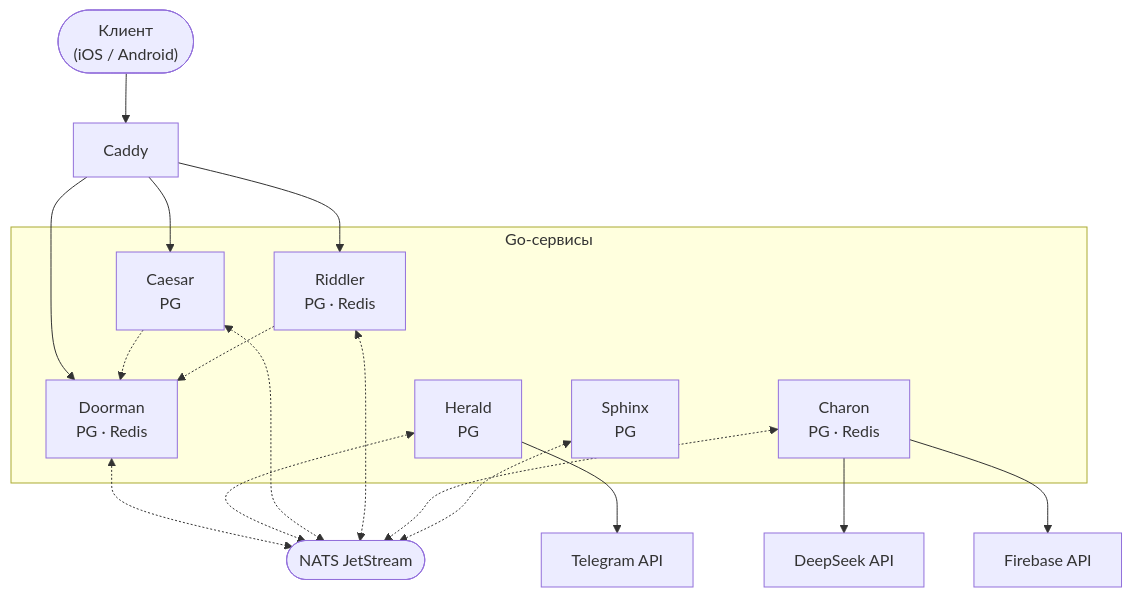
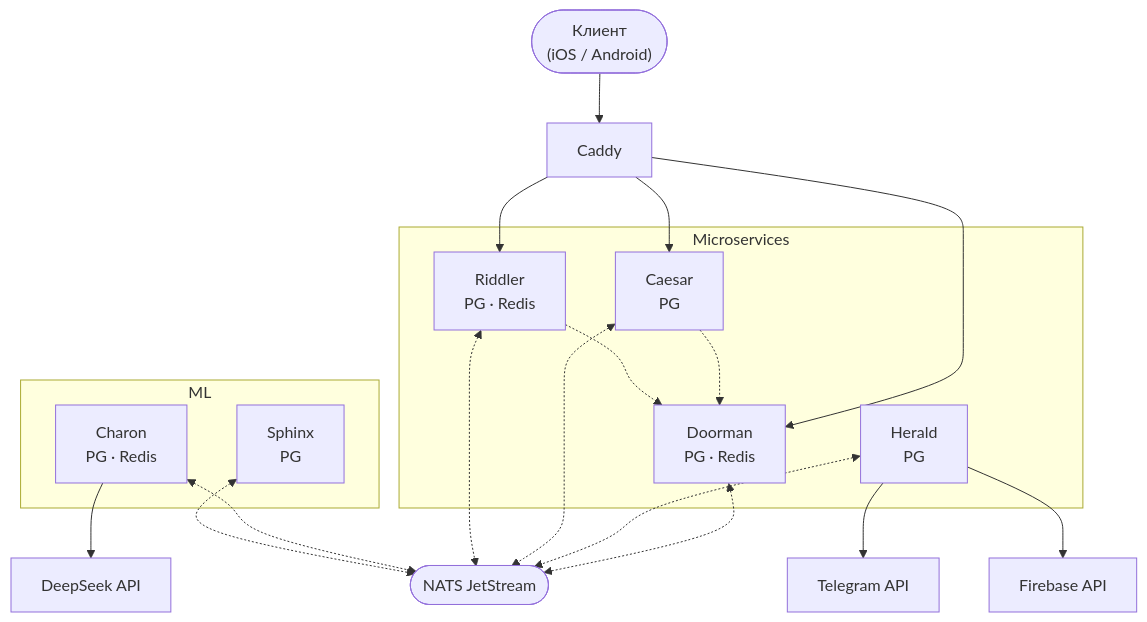
Before and after one commit to OlympGuideTeam/edium-backend: the diagram in README.md, drawn with Mermaid. The commit also changed other lines of this file, not shown here.

````diff
--- a/README.md
+++ b/README.md
@@ -7,30 +7,35 @@
 ```mermaid
 flowchart TD
     Client(["Клиент\n(iOS / Android)"])
     NATS(["NATS JetStream"])
     TG["Telegram API"]
     DS["DeepSeek API"]
     Firebase["Firebase API"]
 
     Caddy["Caddy"]
 
-    subgraph services ["Go-сервисы"]
-        Doorman["Doorman\nPG · Redis"]
+    subgraph services ["Microservices"]
         Caesar["Caesar\nPG"]
         Riddler["Riddler\nPG · Redis"]
+        Doorman["Doorman\nPG · Redis"]
         Herald["Herald\nPG"]
+    end
+
+    subgraph ml ["ML"]
+        Sphinx["Sphinx\nPG"]
         Charon["Charon\nPG · Redis"]
-        Sphinx["Sphinx\nPG"]
     end
+
+    
 
     Client --> Caddy
     Caddy --> Doorman & Caesar & Riddler
 
     Caesar & Riddler -.-> Doorman
 
     Doorman & Herald & Caesar & Riddler & Charon & Sphinx <-.-> NATS
 
     Herald --> TG
     Charon --> DS
-    Charon --> Firebase
+    Herald --> Firebase
 ```
````
